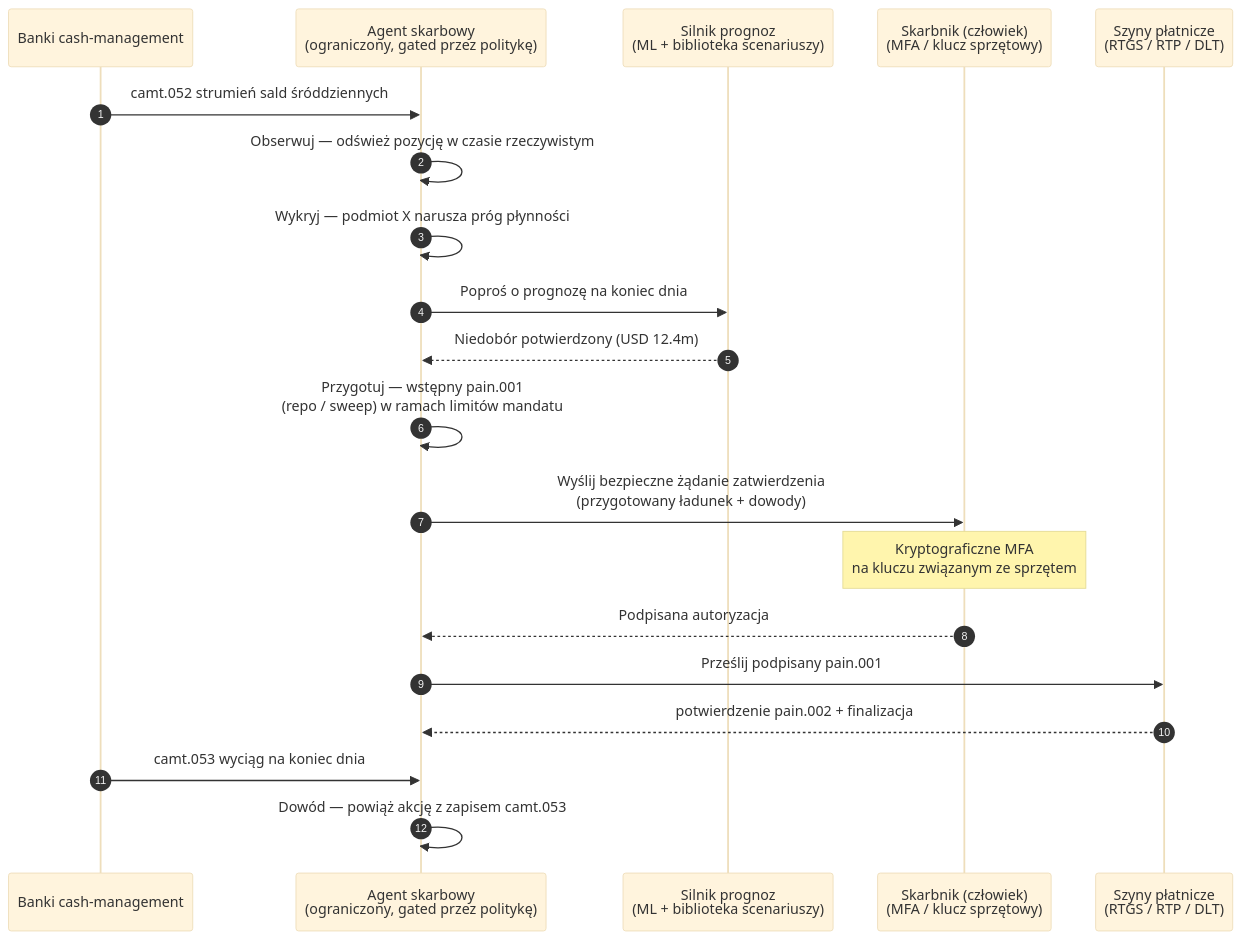
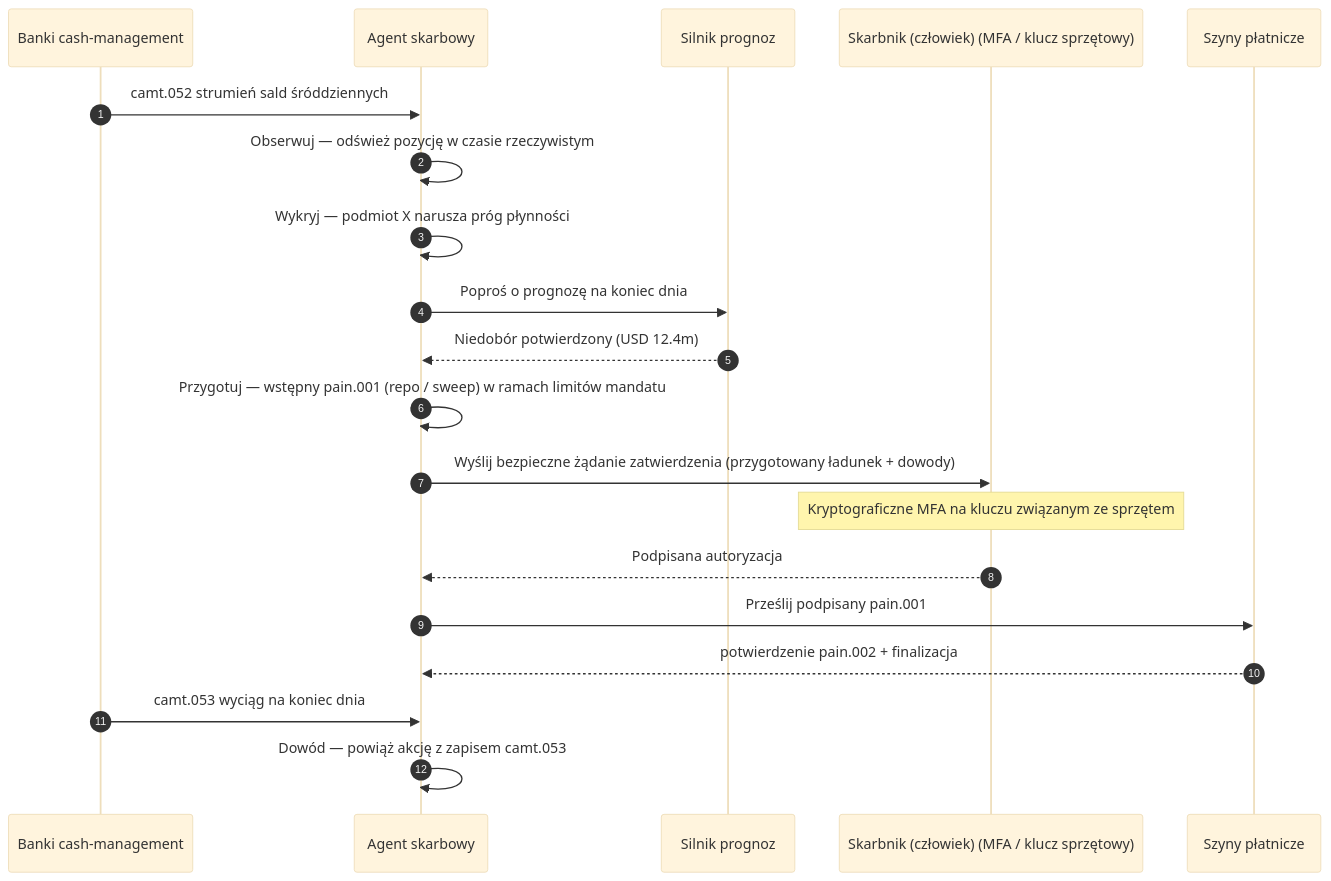
The diagram in _posts/pl/2026-06-07-autonomous-treasury-index-programmable-liquidity-tokenised-deposits-2026.md (sebastienrousseau/sebastienrousseau.github.io), drawn with Mermaid (base theme) before and after one commit. The commit also changed 2231 other files, not shown here.

First line of the commit message:
fix(mermaid): unblock Mermaid v10 rendering end-to-end (#198)

````diff
--- a/_posts/pl/2026-06-07-autonomous-treasury-index-programmable-liquidity-tokenised-deposits-2026.md
+++ b/_posts/pl/2026-06-07-autonomous-treasury-index-programmable-liquidity-tokenised-deposits-2026.md
@@ -154,23 +154,22 @@
 ```mermaid
 sequenceDiagram
     autonumber
     participant Banks as Banki cash-management
-    participant Agent as Agent skarbowy<br/>(ograniczony, gated przez politykę)
-    participant Forecast as Silnik prognoz<br/>(ML + biblioteka scenariuszy)
-    participant Treasurer as Skarbnik (człowiek)<br/>(MFA / klucz sprzętowy)
-    participant Rails as Szyny płatnicze<br/>(RTGS / RTP / DLT)
-
+    participant Agent as Agent skarbowy
+    participant Forecast as Silnik prognoz
+    participant Treasurer as Skarbnik (człowiek) (MFA / klucz sprzętowy)
+    participant Rails as Szyny płatnicze
     Banks->>Agent: camt.052 strumień sald śróddziennych
     Agent->>Agent: Obserwuj — odśwież pozycję w czasie rzeczywistym
     Agent->>Agent: Wykryj — podmiot X narusza próg płynności
     Agent->>Forecast: Poproś o prognozę na koniec dnia
     Forecast-->>Agent: Niedobór potwierdzony (USD 12.4m)
-    Agent->>Agent: Przygotuj — wstępny pain.001<br/>(repo / sweep) w ramach limitów mandatu
-    Agent->>Treasurer: Wyślij bezpieczne żądanie zatwierdzenia<br/>(przygotowany ładunek + dowody)
-    Note over Treasurer: Kryptograficzne MFA<br/>na kluczu związanym ze sprzętem
+    Agent->>Agent: Przygotuj — wstępny pain.001 (repo / sweep) w ramach limitów mandatu
+    Agent->>Treasurer: Wyślij bezpieczne żądanie zatwierdzenia (przygotowany ładunek + dowody)
+    Note over Treasurer: Kryptograficzne MFA na kluczu związanym ze sprzętem
     Treasurer-->>Agent: Podpisana autoryzacja
     Agent->>Rails: Prześlij podpisany pain.001
     Rails-->>Agent: potwierdzenie pain.002 + finalizacja
     Banks->>Agent: camt.053 wyciąg na koniec dnia
     Agent->>Agent: Dowód — powiąż akcję z zapisem camt.053
 ```
````
